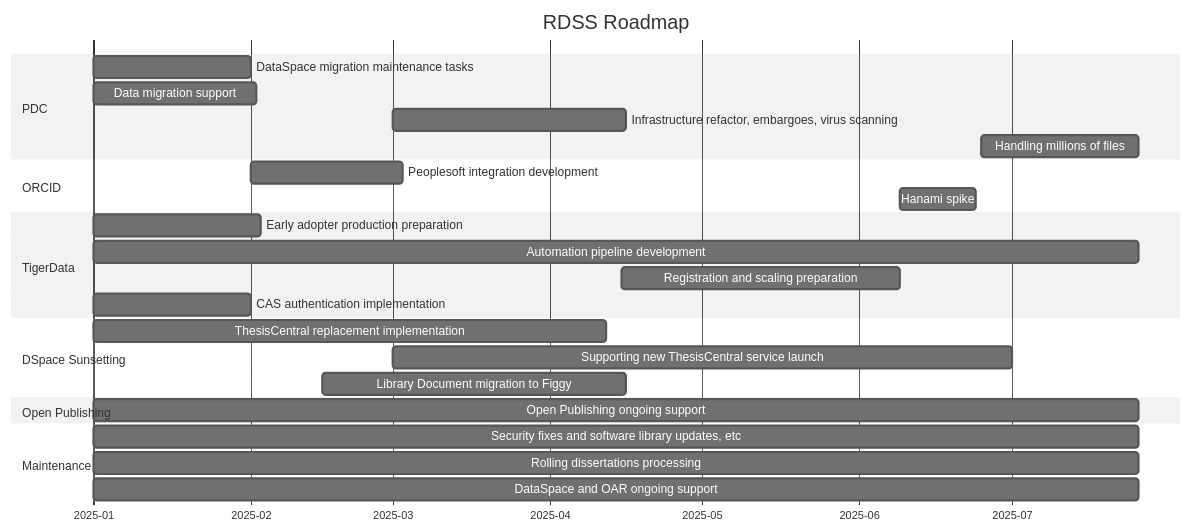
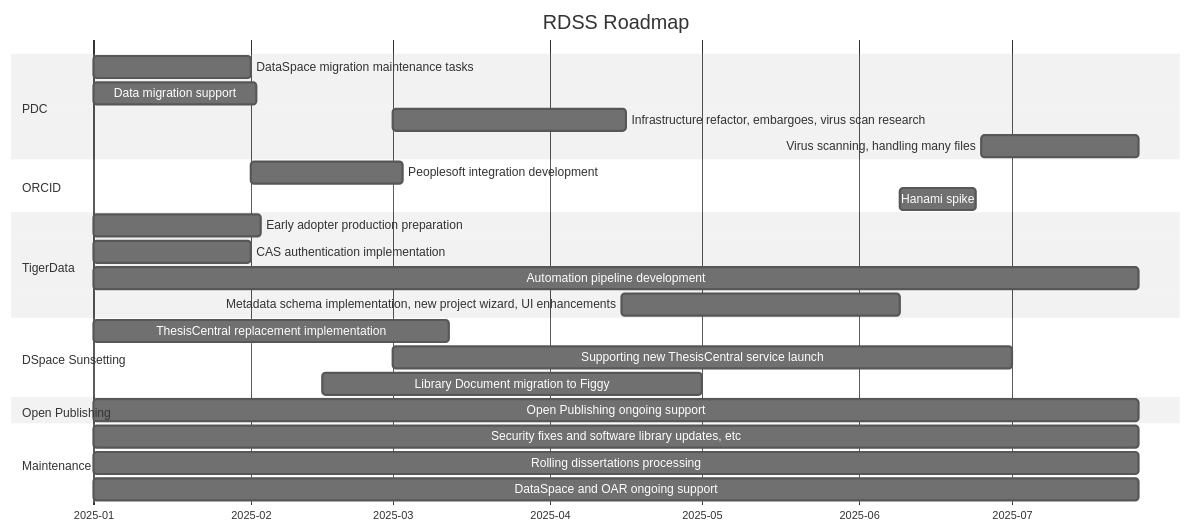
The diagram in roadmap.md (pulibrary/rdss-handbook), drawn with Mermaid (neutral theme) before and after one commit.

Commit message:
Adjusted roadmap for April 2025 (#330)

````diff
--- a/roadmap.md
+++ b/roadmap.md
@@ -5,29 +5,29 @@
 ```mermaid
 gantt
     title RDSS Roadmap
     axisFormat  %Y-%m
     dateformat YYYY-MM
     section PDC
     DataSpace migration maintenance tasks: pd1,2025-01-01,31d
     Data migration support: pd2,2025-01-01,32d
-    Infrastructure refactor, embargoes, virus scanning: pd3, 2025-03-01, 46d
-    Handling millions of files: pd5, 2025-06-25, 31d
+    Infrastructure refactor, embargoes, virus scan research: pd3, 2025-03-01, 46d
+    Virus scanning, handling many files: pd5, 2025-06-25, 31d
     section ORCID
     Peoplesoft integration development: or1,2025-02-01,30d
     Hanami spike: 2025-06-09, 15d
     section TigerData
     Early adopter production preparation: td1,2025-01-01,33d
+    CAS authentication implementation: td2,2025-01-01,31d
     Automation pipeline development: td3,2025-01-01,206d 
-    Registration and scaling preparation: td5, 2025-04-15,55d
-    CAS authentication implementation: td4,2025-01-01,31d
+    Metadata schema implementation, new project wizard, UI enhancements: td4, 2025-04-15,55d
     section DSpace Sunsetting
-    ThesisCentral replacement implementation: dsps1,2025-01-01,101d
+    ThesisCentral replacement implementation: dsps1,2025-01-01,70d
     Supporting new ThesisCentral service launch: dsps2,2025-03-01,122d
-    Library Document migration to Figgy: dsps3,2025-02-15,60d
+    Library Document migration to Figgy: dsps3,2025-02-15,75d
     section Open Publishing
     Open Publishing ongoing support: dsp3,2025-01-01,206d
     section Maintenance
     Security fixes and software library updates, etc: dsp1,2025-01-01,206d
     Rolling dissertations processing: dsp2,2025-01-01,206d
     DataSpace and OAR ongoing support: dsp3,2025-01-01,206d
 ```
````
